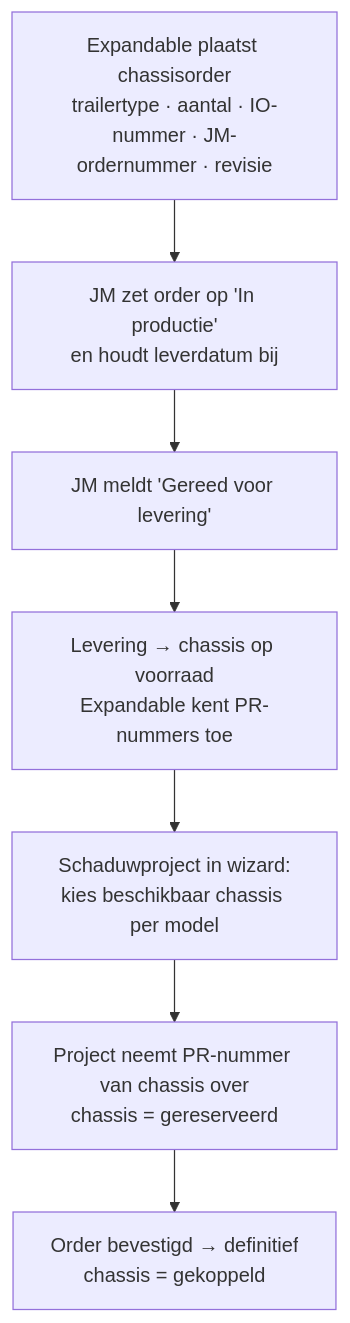
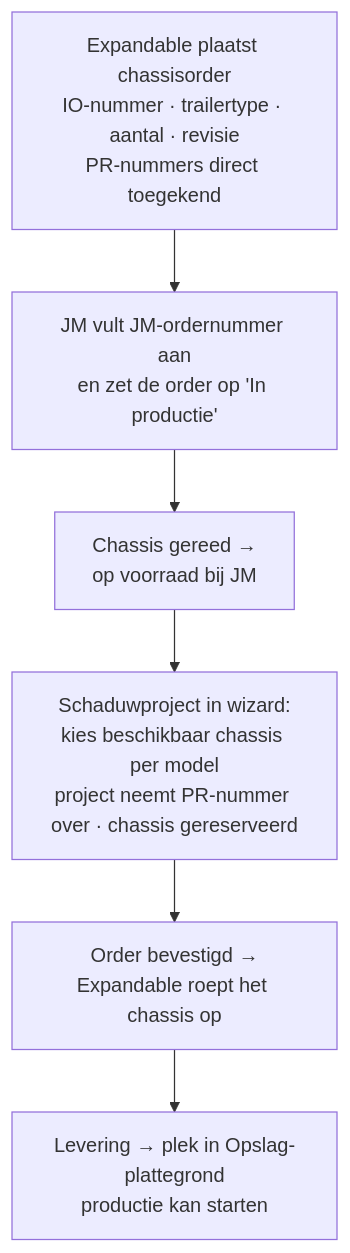
The second of 2 diagrams in JM-CONSTRUCT-PLAN.md (damianeersel/expandable-planner), drawn with Mermaid before and after one commit. The commit also changed other lines of this file and 1 other file, not shown here.

````diff
--- a/JM-CONSTRUCT-PLAN.md
+++ b/JM-CONSTRUCT-PLAN.md
@@ -82,9 +87,8 @@
 ```mermaid
 flowchart TD
-  A["Expandable plaatst chassisorder<br/>trailertype · aantal · IO-nummer · JM-ordernummer · revisie"] --> B["JM zet order op 'In productie'<br/>en houdt leverdatum bij"]
-  B --> C["JM meldt 'Gereed voor levering'"]
-  C --> D["Levering → chassis op voorraad<br/>Expandable kent PR-nummers toe"]
-  D --> E["Schaduwproject in wizard:<br/>kies beschikbaar chassis per model"]
-  E --> F["Project neemt PR-nummer van chassis over<br/>chassis = gereserveerd"]
-  F --> G["Order bevestigd → definitief<br/>chassis = gekoppeld"]
+  A["Expandable plaatst chassisorder<br/>IO-nummer · trailertype · aantal · revisie<br/>PR-nummers direct toegekend"] --> B["JM vult JM-ordernummer aan<br/>en zet de order op 'In productie'"]
+  B --> C["Chassis gereed →<br/>op voorraad bij JM"]
+  C --> D["Schaduwproject in wizard:<br/>kies beschikbaar chassis per model<br/>project neemt PR-nummer over · chassis gereserveerd"]
+  D --> E["Order bevestigd →<br/>Expandable roept het chassis op"]
+  E --> F["Levering → plek in Opslag-plattegrond<br/>productie kan starten"]
 ```
````
